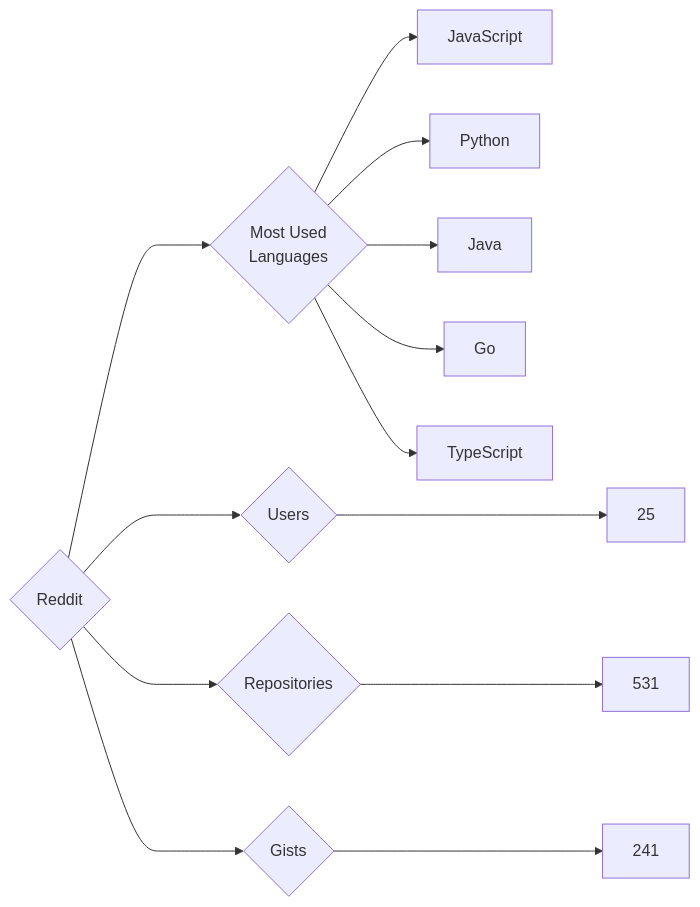
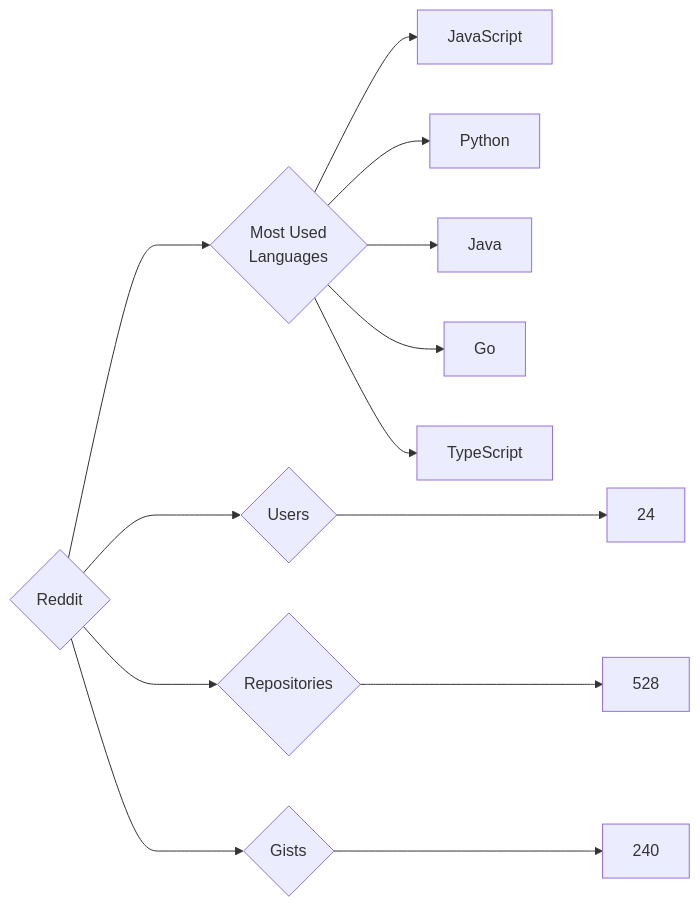
One commit to trickest/insiders changed the diagram in targets/Reddit/README.md. Above: the diagram before and after it, drawn with Mermaid. The commit also changed 1479 other files, not shown here.

````diff
--- a/targets/Reddit/README.md
+++ b/targets/Reddit/README.md
@@ -3,13 +3,13 @@
 ```mermaid
 graph LR
 COMPANY_NAME{Reddit}
-COMPANY_NAME ---> U{Users} ---> UN[25]
-COMPANY_NAME ---> R{Repositories} ---> RN[531]
-COMPANY_NAME ---> G{Gists} ---> GN[241]
+COMPANY_NAME ---> U{Users} ---> UN[24]
+COMPANY_NAME ---> R{Repositories} ---> RN[528]
+COMPANY_NAME ---> G{Gists} ---> GN[240]
 COMPANY_NAME ---> ML{Most Used<br>Languages}
 ML --> JavaScript[JavaScript]
 ML --> Python[Python]
 ML --> Java[Java]
 ML --> Go[Go]
 ML --> TypeScript[TypeScript]
 ```
````
